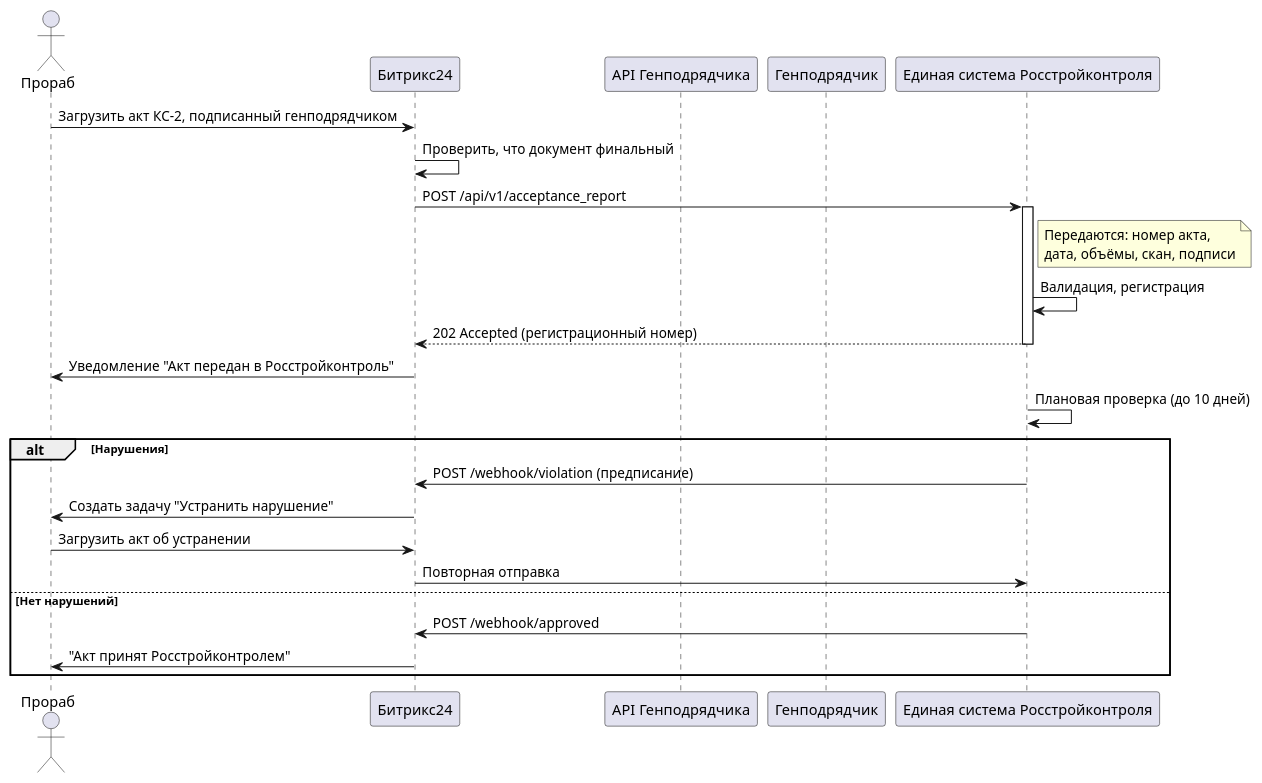
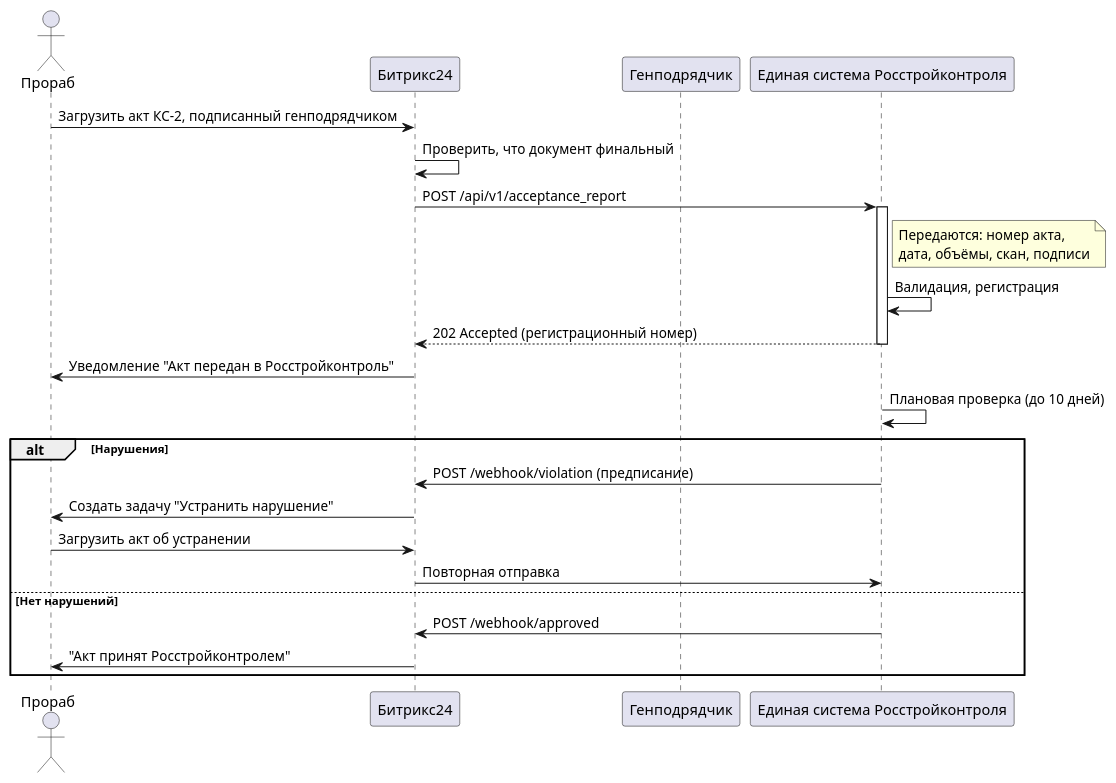
One commit to sevastiananalyst/analyst-portfolio changed the diagram in 02_bpmn_requirements_case/diagrams/sequence_rosstroikontrol.puml. Above: the diagram before and after it, drawn with PlantUML.

```diff
--- a/02_bpmn_requirements_case/diagrams/sequence_rosstroikontrol.puml
+++ b/02_bpmn_requirements_case/diagrams/sequence_rosstroikontrol.puml
@@ -1,27 +1,26 @@
 @startuml
 actor "Прораб" as P
 participant "Битрикс24" as B24
-participant "API Генподрядчика" as API_GC
 participant "Генподрядчик" as GC
 participant "Единая система Росстройконтроля" as RSK
 
 P -> B24: Загрузить акт КС-2, подписанный генподрядчиком
 B24 -> B24: Проверить, что документ финальный
 B24 -> RSK: POST /api/v1/acceptance_report
 activate RSK
 note right of RSK: Передаются: номер акта,\nдата, объёмы, скан, подписи
 RSK -> RSK: Валидация, регистрация
 RSK --> B24: 202 Accepted (регистрационный номер)
 deactivate RSK
 B24 -> P: Уведомление "Акт передан в Росстройконтроль"
 RSK -> RSK: Плановая проверка (до 10 дней)
 alt Нарушения
     RSK -> B24: POST /webhook/violation (предписание)
     B24 -> P: Создать задачу "Устранить нарушение"
     P -> B24: Загрузить акт об устранении
     B24 -> RSK: Повторная отправка
 else Нет нарушений
     RSK -> B24: POST /webhook/approved
     B24 -> P: "Акт принят Росстройконтролем"
 end
 @enduml
```
